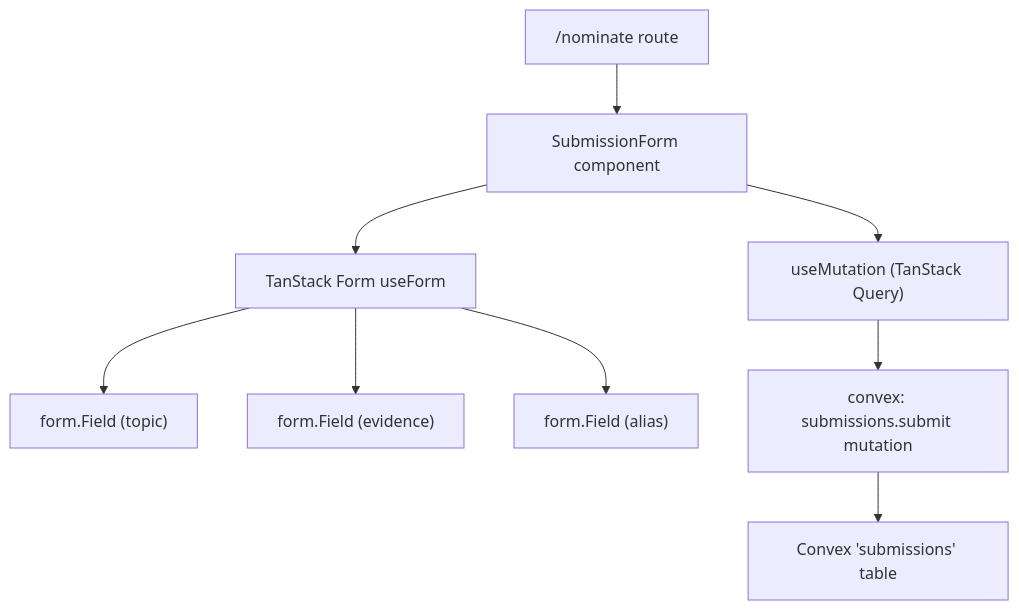
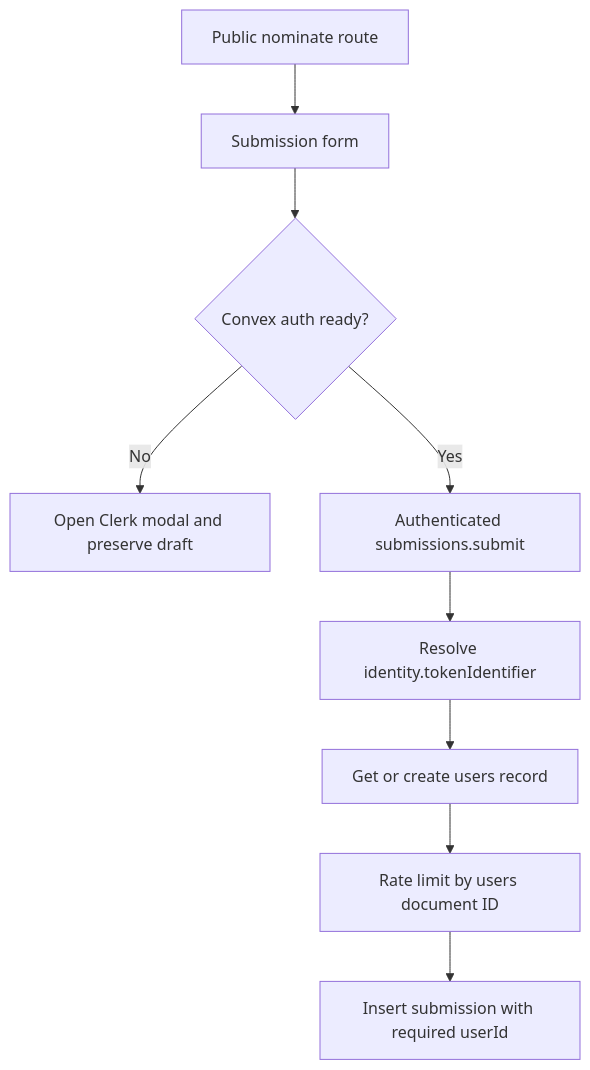
The diagram in .kiro/specs/topic-submission/design.md (walterfurrer/bullshit-corner), drawn with Mermaid before and after one commit. The commit also changed other lines of this file and 107 other files, not shown here.

First line of the commit message:
chore(agents,clerk,convex): Add Clerk integration skills and user authentication

````diff
--- a/.kiro/specs/topic-submission/design.md
+++ b/.kiro/specs/topic-submission/design.md
@@ -15,11 +11,11 @@
 ```mermaid
 graph TD
-    A["/nominate route"] --> B["SubmissionForm component"]
-    B --> C["TanStack Form useForm"]
-    C --> D["form.Field (topic)"]
-    C --> E["form.Field (evidence)"]
-    C --> F["form.Field (alias)"]
-    B --> G["useMutation (TanStack Query)"]
-    G --> H["convex: submissions.submit mutation"]
-    H --> I["Convex 'submissions' table"]
+    A[Public nominate route] --> B[Submission form]
+    B --> C{Convex auth ready?}
+    C -- No --> D[Open Clerk modal and preserve draft]
+    C -- Yes --> E[Authenticated submissions.submit]
+    E --> F[Resolve identity.tokenIdentifier]
+    F --> G[Get or create users record]
+    G --> H[Rate limit by users document ID]
+    H --> I[Insert submission with required userId]
 ```
````
